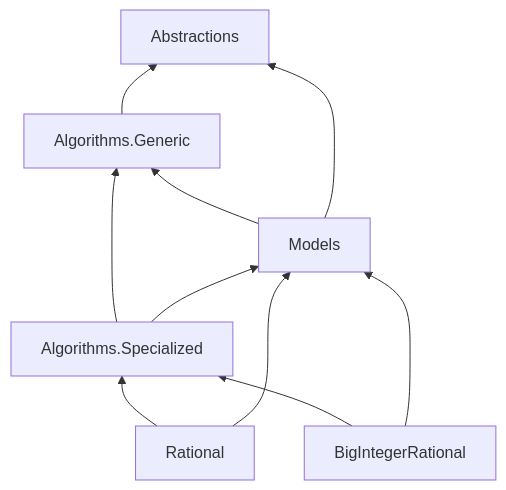
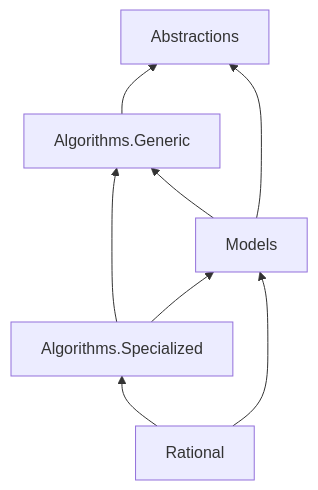
One commit to qbit86/ratiocinia changed the diagram in README.md. Above: the diagram before and after it, drawn with Mermaid. The commit also changed other lines of this file and 1 other file, not shown here.

Commit message:
Update README and project description for clarity on Rational<T> and BigIntegerRational usage

````diff
--- a/README.md
+++ b/README.md
@@ -87,19 +83,15 @@
 ```mermaid
 graph BT
   Abstractions["Abstractions"]
   AlgorithmsGeneric["Algorithms.Generic"]
   Models["Models"]
   AlgorithmsSpecialized["Algorithms.Specialized"]
   Rational["Rational"]
-  BigIntegerRational["BigIntegerRational"]
-
   AlgorithmsGeneric --> Abstractions
   Models --> AlgorithmsGeneric
   Models --> Abstractions
   AlgorithmsSpecialized --> AlgorithmsGeneric
   AlgorithmsSpecialized --> Models
   Rational --> AlgorithmsSpecialized
   Rational --> Models
-  BigIntegerRational --> AlgorithmsSpecialized
-  BigIntegerRational --> Models
 ```
````
